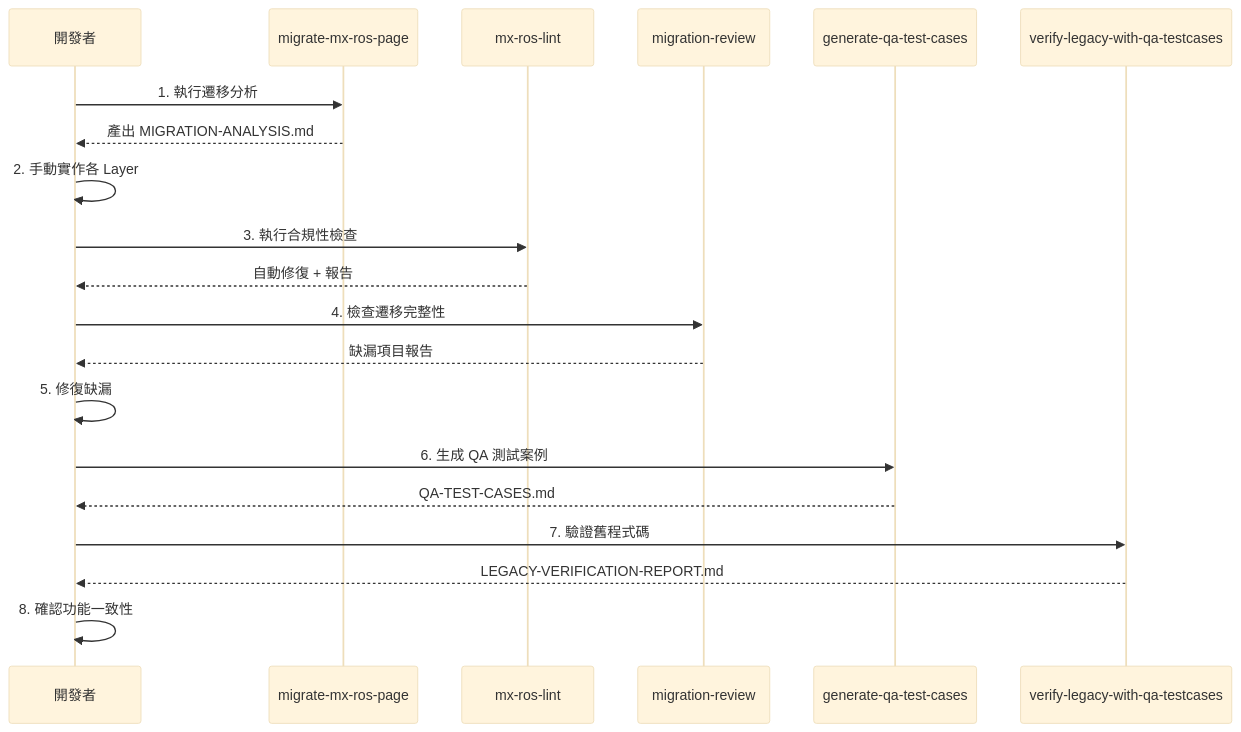
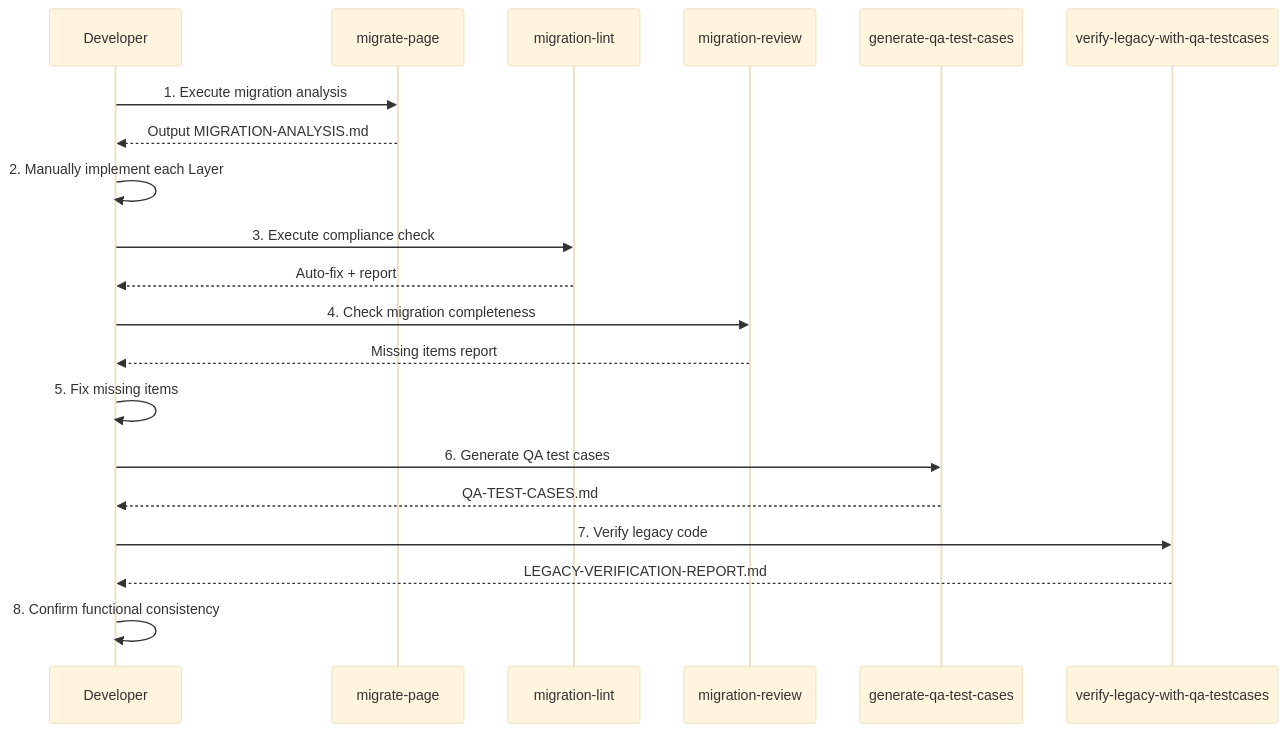
The third of 3 diagrams in plugins/one-ui-migration/skills/one-ui-migration/rules/reference/migration-workflow.md (Michael0520/milo-claudekit), drawn with Mermaid (base theme) before and after one commit. The commit also changed other lines of this file and 7 other files, not shown here.

````diff
--- a/plugins/one-ui-migration/skills/one-ui-migration/rules/reference/migration-workflow.md
+++ b/plugins/one-ui-migration/skills/one-ui-migration/rules/reference/migration-workflow.md
@@ -164,23 +164,23 @@
 ```mermaid
 sequenceDiagram
-    participant Dev as 開發者
-    participant M as migrate-mx-ros-page
-    participant L as mx-ros-lint
+    participant Dev as Developer
+    participant M as migrate-page
+    participant L as migration-lint
     participant R as migration-review
     participant Q as generate-qa-test-cases
     participant V as verify-legacy-with-qa-testcases
 
-    Dev->>M: 1. 執行遷移分析
-    M-->>Dev: 產出 MIGRATION-ANALYSIS.md
-    Dev->>Dev: 2. 手動實作各 Layer
-    Dev->>L: 3. 執行合規性檢查
-    L-->>Dev: 自動修復 + 報告
-    Dev->>R: 4. 檢查遷移完整性
-    R-->>Dev: 缺漏項目報告
-    Dev->>Dev: 5. 修復缺漏
-    Dev->>Q: 6. 生成 QA 測試案例
+    Dev->>M: 1. Execute migration analysis
+    M-->>Dev: Output MIGRATION-ANALYSIS.md
+    Dev->>Dev: 2. Manually implement each Layer
+    Dev->>L: 3. Execute compliance check
+    L-->>Dev: Auto-fix + report
+    Dev->>R: 4. Check migration completeness
+    R-->>Dev: Missing items report
+    Dev->>Dev: 5. Fix missing items
+    Dev->>Q: 6. Generate QA test cases
     Q-->>Dev: QA-TEST-CASES.md
-    Dev->>V: 7. 驗證舊程式碼
+    Dev->>V: 7. Verify legacy code
     V-->>Dev: LEGACY-VERIFICATION-REPORT.md
-    Dev->>Dev: 8. 確認功能一致性
+    Dev->>Dev: 8. Confirm functional consistency
 ```
````
